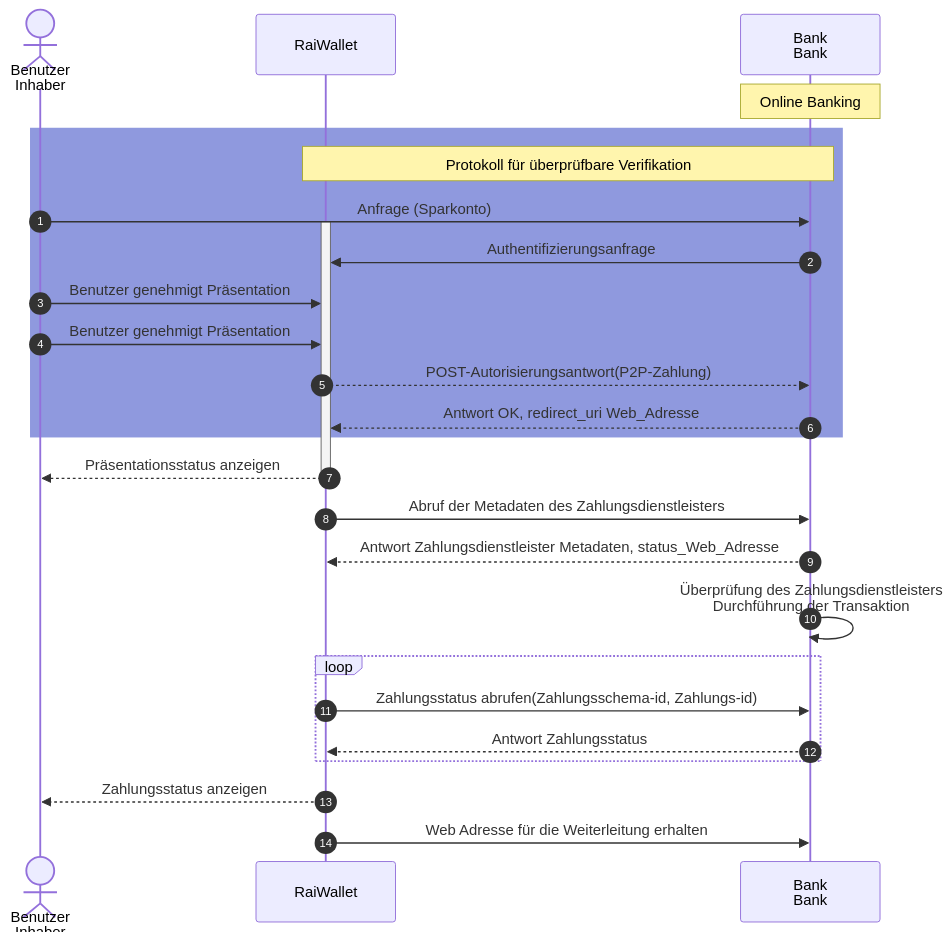
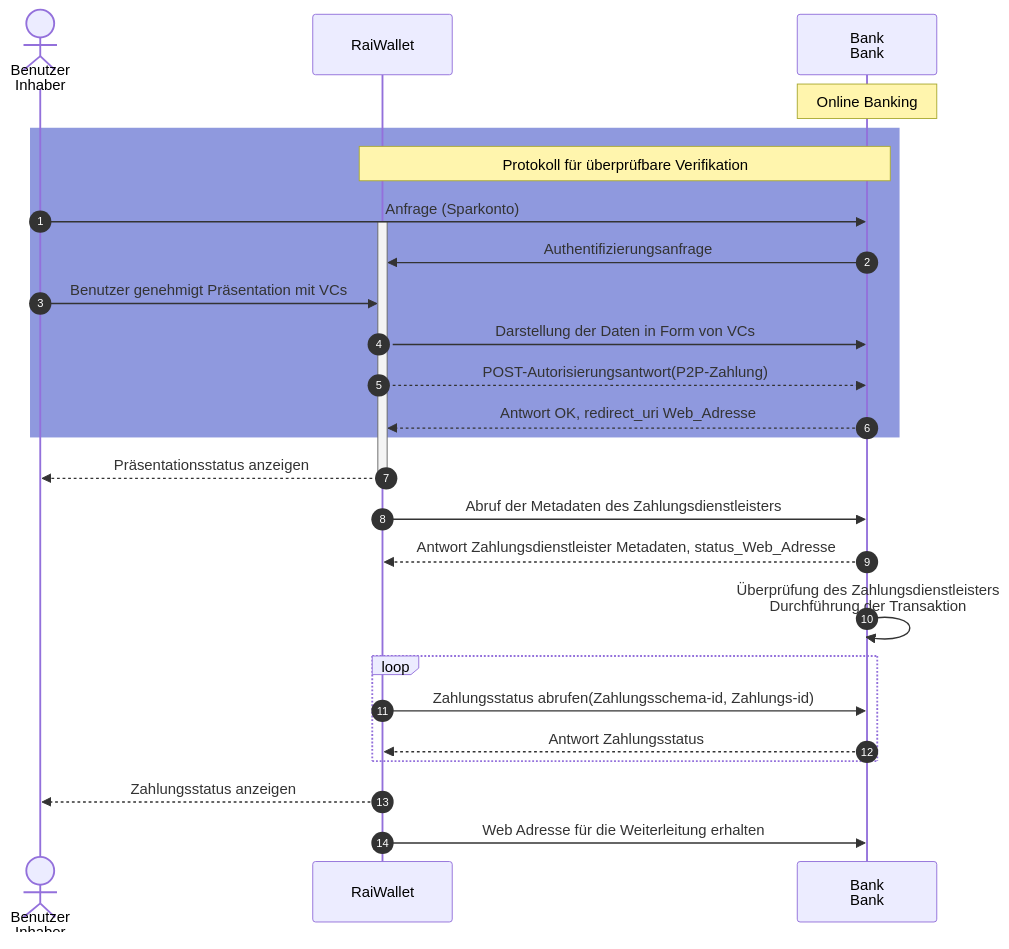
Before and after one commit to frogman/tomcat: the diagram in readme1.md, drawn with Mermaid.

````diff
--- a/readme1.md
+++ b/readme1.md
@@ -1,33 +1,33 @@
 ```mermaid
 
 sequenceDiagram
     autonumber
     actor user as Benutzer<br/>Inhaber
     participant wallet as RaiWallet 
     participant psp as Bank<br/>Bank
 
     Note over psp: Online Banking
     rect rgb(143, 153, 222)
     note over wallet, psp: Protokoll für überprüfbare Verifikation
     user ->> psp: Anfrage (Sparkonto)
     activate wallet
     psp ->> wallet: Authentifizierungsanfrage
-    user ->> wallet: Benutzer genehmigt Präsentation
-    user ->> wallet: Benutzer genehmigt Präsentation
+    user ->> wallet: Benutzer genehmigt Präsentation mit VCs
+    wallet ->> psp: Darstellung der Daten in Form von VCs
     wallet -->> psp: POST-Autorisierungsantwort(P2P-Zahlung)
     psp -->> wallet: Antwort OK, redirect_uri Web_Adresse
     end
     wallet -->> user: Präsentationsstatus anzeigen
     deactivate wallet
     wallet ->> psp: Abruf der Metadaten des Zahlungsdienstleisters
     psp -->> wallet: Antwort Zahlungsdienstleister Metadaten, status_Web_Adresse
     psp ->> psp: Überprüfung des Zahlungsdienstleisters <br/> Durchführung der Transaktion
     loop
     wallet ->> psp: Zahlungsstatus abrufen(Zahlungsschema-id, Zahlungs-id)
 
     psp -->> wallet: Antwort Zahlungsstatus 
     end
     wallet -->> user: Zahlungsstatus anzeigen
     wallet ->> psp: Web Adresse für die Weiterleitung erhalten
 
 ```
````
